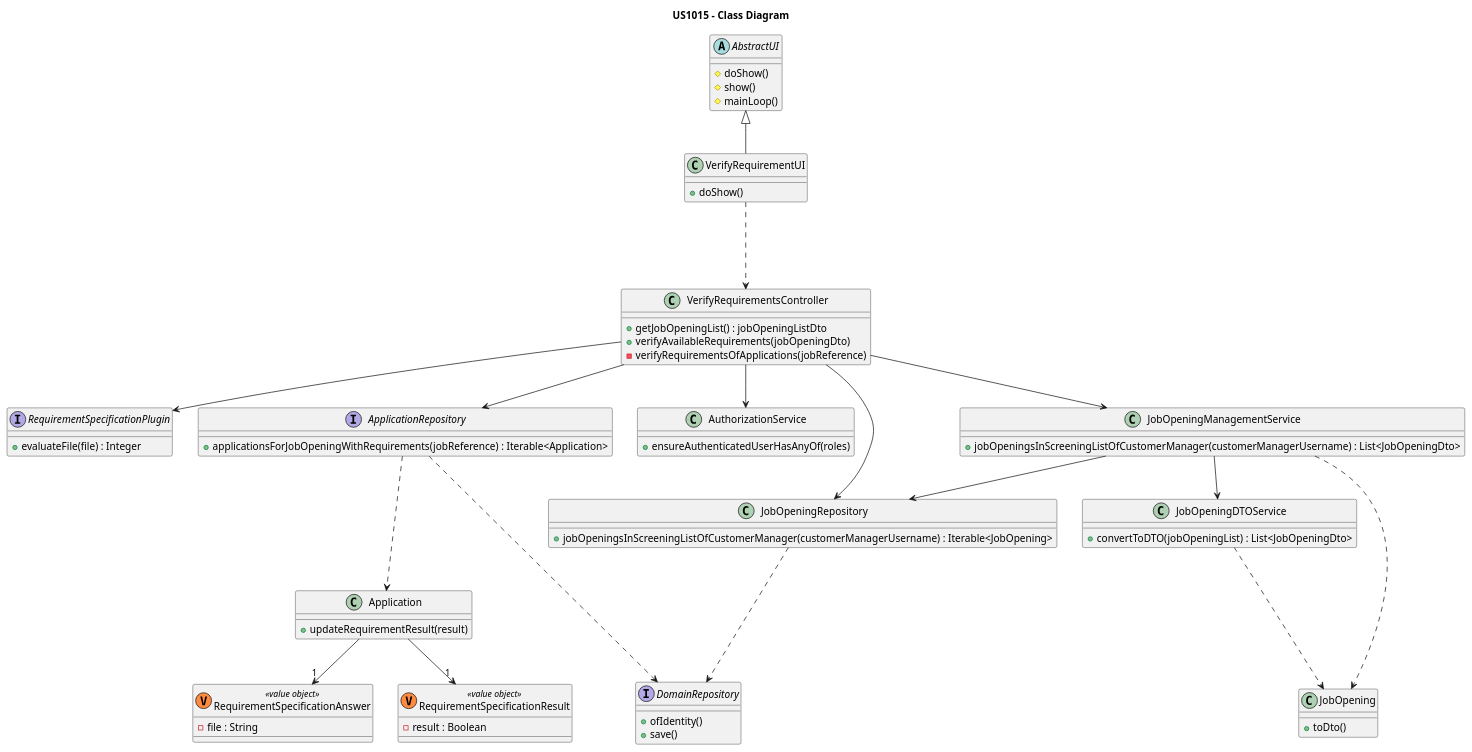
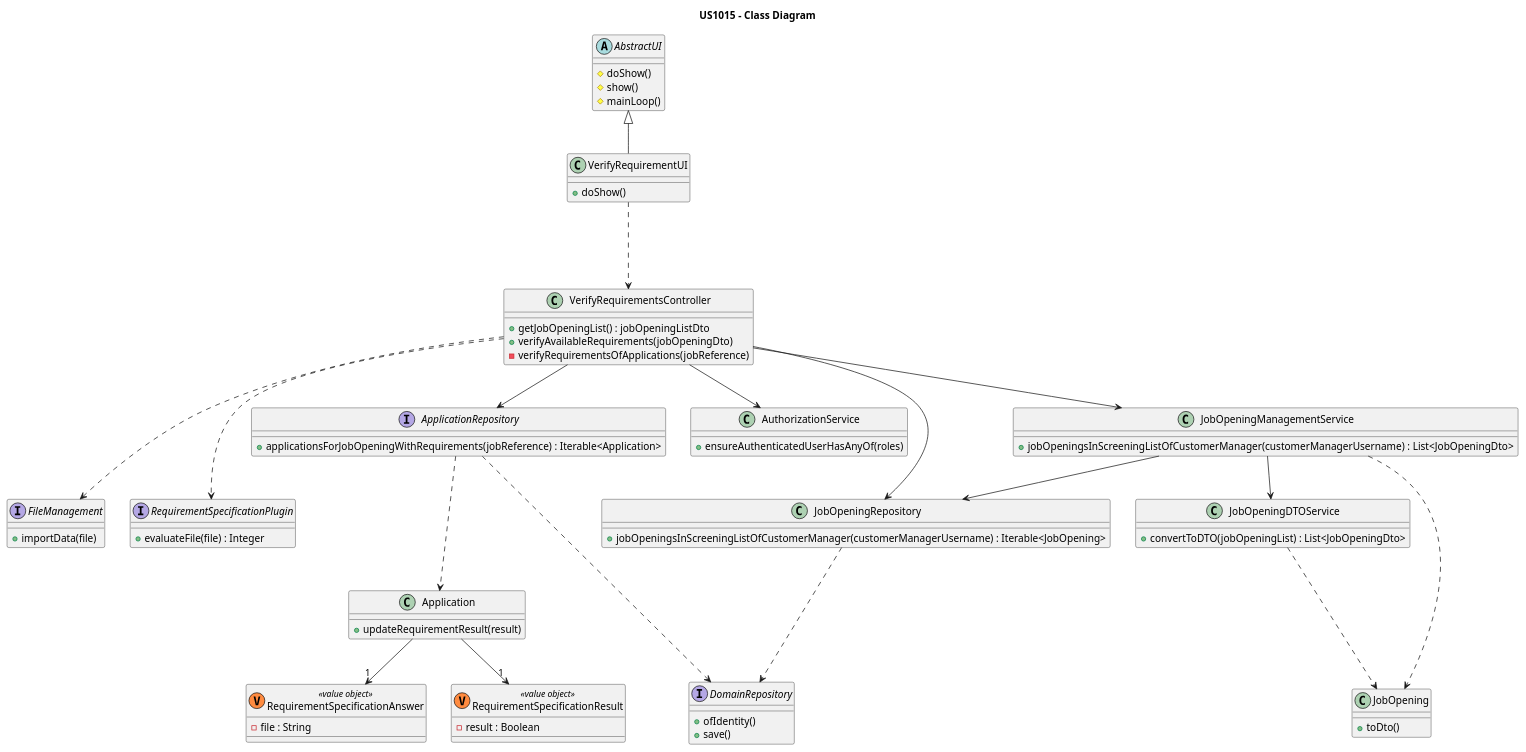
One commit to rita-barbosa/LAPR4-2324 changed the diagram in docs/sprint-c/us_1015/design-diagrams/class-diagram.puml. Above: the diagram before and after it, drawn with PlantUML. The commit also changed 5 other files, not shown here.

```diff
--- a/docs/sprint-c/us_1015/design-diagrams/class-diagram.puml
+++ b/docs/sprint-c/us_1015/design-diagrams/class-diagram.puml
@@ -1,95 +1,100 @@
 @startuml
 'https://plantuml.com/class-diagram
 
 title US1015 - Class Diagram
 
 
 
 abstract class AbstractUI {
     # doShow()
     # show()
     # mainLoop()
 }
 
 class VerifyRequirementUI {
 + doShow()
 }
 
 class VerifyRequirementsController  {
 + getJobOpeningList() : jobOpeningListDto
 + verifyAvailableRequirements(jobOpeningDto)
 - verifyRequirementsOfApplications(jobReference)
 }
 
 'Requirements
+interface FileManagement {
++ importData(file)
+}
+
 interface RequirementSpecificationPlugin {
 + evaluateFile(file) : Integer
 }
 
 interface ApplicationRepository {
 + applicationsForJobOpeningWithRequirements(jobReference) : Iterable<Application>
 }
 
 class Application {
 + updateRequirementResult(result)
 }
 
 class AuthorizationService {
 + ensureAuthenticatedUserHasAnyOf(roles)
 }
 
 class RequirementSpecificationAnswer <<(V,#FF8B40) value object>> {
 - file : String
 }
 
 class RequirementSpecificationResult <<(V,#FF8B40) value object>> {
 - result : Boolean
 }
 
 interface DomainRepository {
 + ofIdentity()
 + save()
 }
 
 class JobOpeningRepository {
 + jobOpeningsInScreeningListOfCustomerManager(customerManagerUsername) : Iterable<JobOpening>
 }
 
 class JobOpeningManagementService{
 + jobOpeningsInScreeningListOfCustomerManager(customerManagerUsername) : List<JobOpeningDto>
 }
 class JobOpeningDTOService{
 + convertToDTO(jobOpeningList) : List<JobOpeningDto>
 }
 class JobOpening {
 + toDto()
 }
 
 
 
 AbstractUI <|-- VerifyRequirementUI
 
 VerifyRequirementUI .--> VerifyRequirementsController
 
 VerifyRequirementsController --> AuthorizationService
 VerifyRequirementsController --> JobOpeningRepository
 VerifyRequirementsController --> ApplicationRepository
-VerifyRequirementsController --> RequirementSpecificationPlugin
+VerifyRequirementsController .--> RequirementSpecificationPlugin
+VerifyRequirementsController .--> FileManagement
 VerifyRequirementsController --> JobOpeningManagementService
 
 JobOpeningManagementService --> JobOpeningRepository
 JobOpeningManagementService --> JobOpeningDTOService
 JobOpeningManagementService .-> JobOpening
 JobOpeningDTOService .--> JobOpening
 
 
 
 ApplicationRepository .--> Application
 Application --> "1" RequirementSpecificationResult
 Application --> "1" RequirementSpecificationAnswer
 
 
 ApplicationRepository .--> DomainRepository
 JobOpeningRepository .--> DomainRepository
 
 @enduml
```
